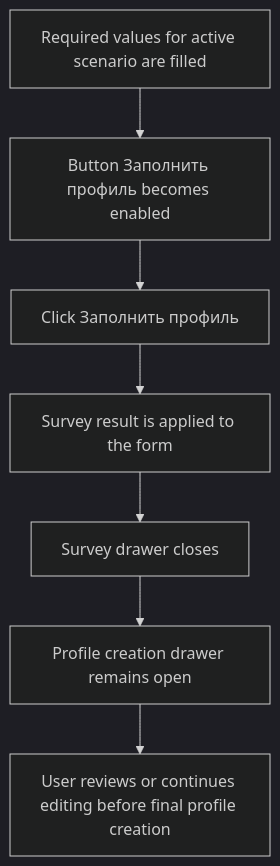
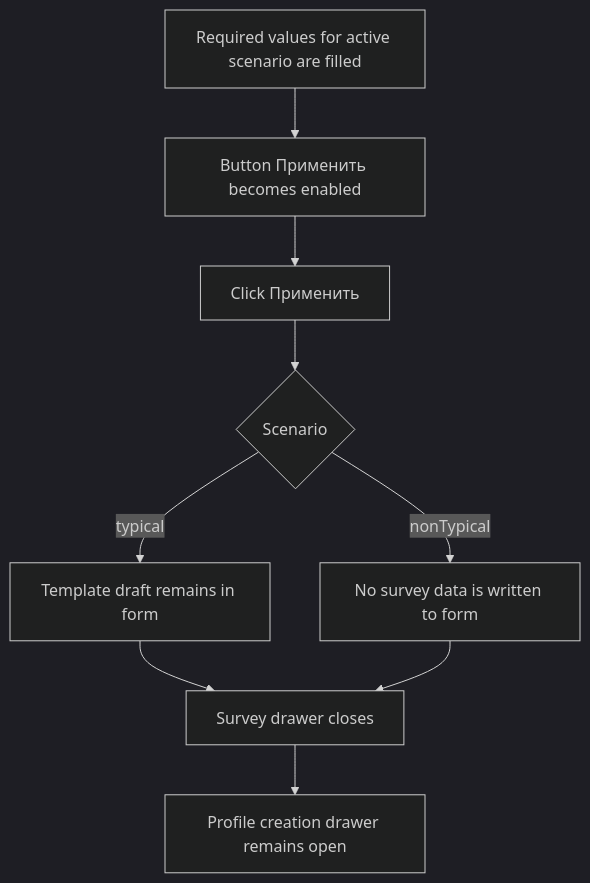
One commit to Anton-Sukhankin/HR-Profiling-Block changed the sixth of 7 diagrams in docs/components/profile-survey/user-flows.md. Above: the diagram before and after it, drawn with Mermaid (dark theme). The commit also changed other lines of this file and 12 other files, not shown here.

````diff
--- a/docs/components/profile-survey/user-flows.md
+++ b/docs/components/profile-survey/user-flows.md
@@ -67,9 +71,11 @@
 ```mermaid
 flowchart TD
-  A["Required values for active scenario are filled"] --> B["Button Заполнить профиль becomes enabled"]
-  B --> C["Click Заполнить профиль"]
-  C --> D["Survey result is applied to the form"]
-  D --> E["Survey drawer closes"]
-  E --> F["Profile creation drawer remains open"]
-  F --> G["User reviews or continues editing before final profile creation"]
+  A["Required values for active scenario are filled"] --> B["Button Применить becomes enabled"]
+  B --> C["Click Применить"]
+  C --> D{"Scenario"}
+  D -->|typical| E["Template draft remains in form"]
+  D -->|nonTypical| F["No survey data is written to form"]
+  E --> G["Survey drawer closes"]
+  F --> G
+  G --> H["Profile creation drawer remains open"]
 ```
````
